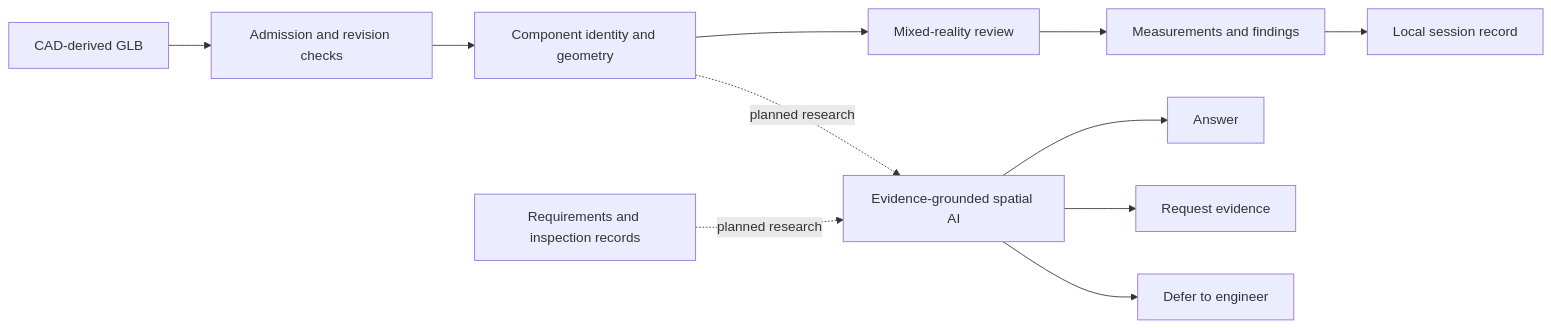
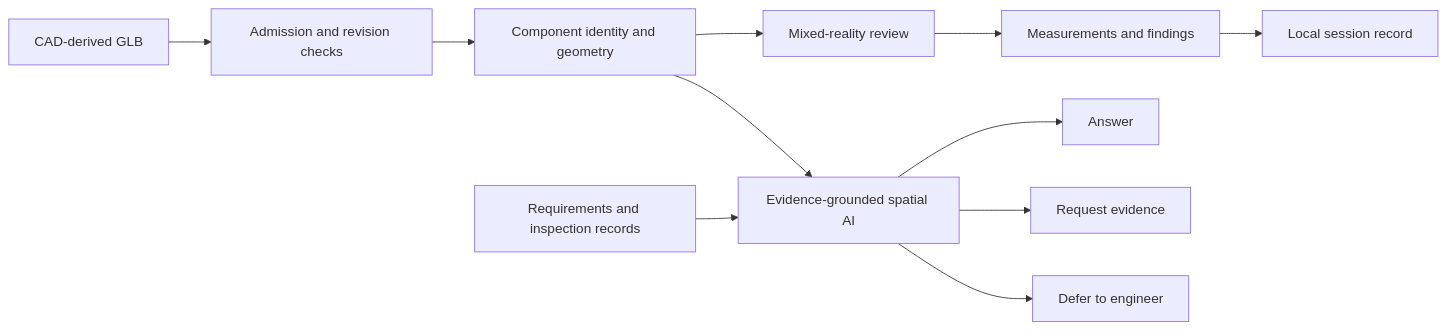
The diagram in README.md (AssemblyLens/assembly-lens-research-evidence), drawn with Mermaid before and after one commit. The commit also changed other lines of this file and 3 other files, not shown here.

````diff
--- a/README.md
+++ b/README.md
@@ -32,14 +32,14 @@
 ```mermaid
 flowchart LR
     A[CAD-derived GLB] --> B[Admission and revision checks]
     B --> C[Component identity and geometry]
     C --> D[Mixed-reality review]
     D --> E[Measurements and findings]
     E --> F[Local session record]
 
-    C -. planned research .-> G[Evidence-grounded spatial AI]
-    H[Requirements and inspection records] -. planned research .-> G
+    C --> G[Evidence-grounded spatial AI]
+    H[Requirements and inspection records] --> G
     G --> I[Answer]
     G --> J[Request evidence]
     G --> K[Defer to engineer]
 ```
````
